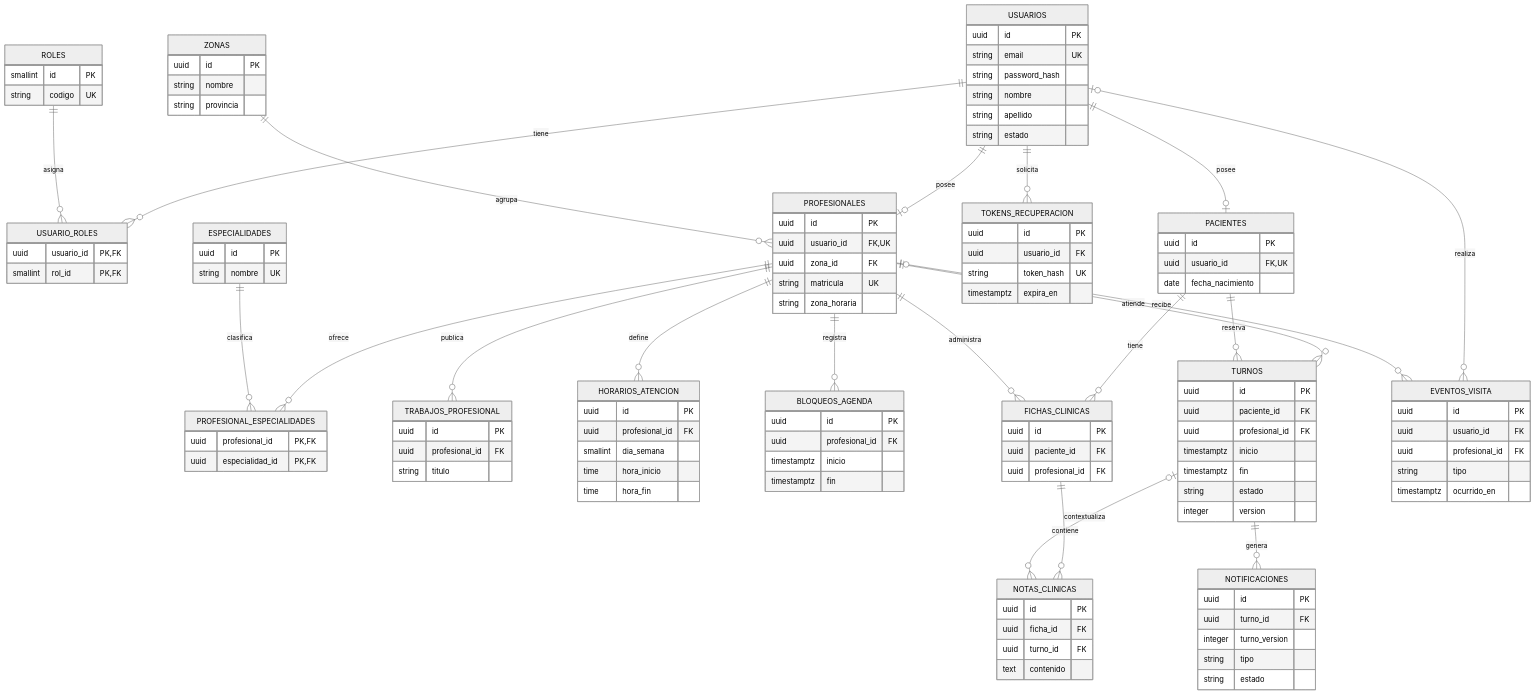
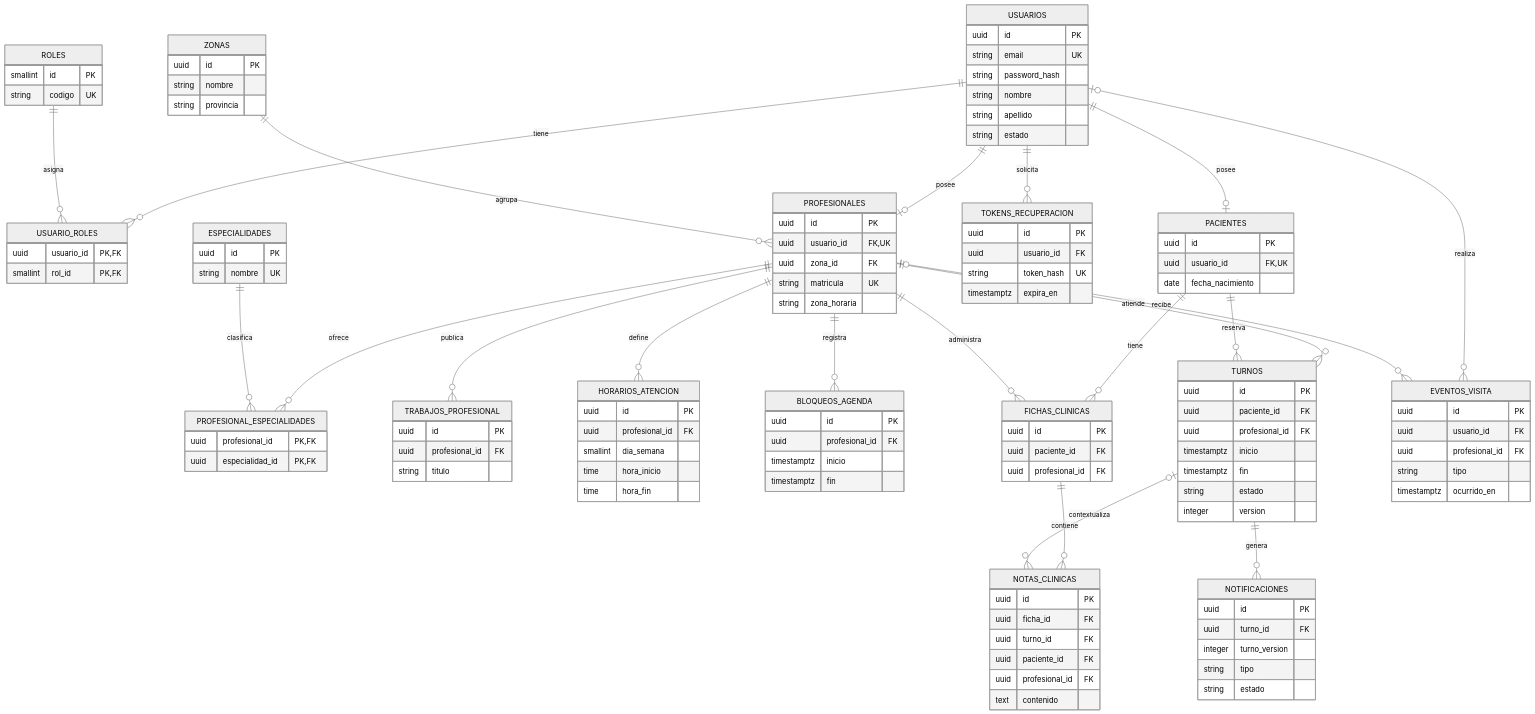
One commit to maxemessina/TrabajoFinalIntegrador changed the diagram in docs/DER.md. Above: the diagram before and after it, drawn with Mermaid (neutral theme). The commit also changed other lines of this file and 7 other files, not shown here.

```diff
--- a/docs/DER.md
+++ b/docs/DER.md
@@ -125,6 +125,8 @@
         uuid id PK
         uuid ficha_id FK
         uuid turno_id FK
+        uuid paciente_id FK
+        uuid profesional_id FK
         text contenido
     }
     NOTIFICACIONES {
```
